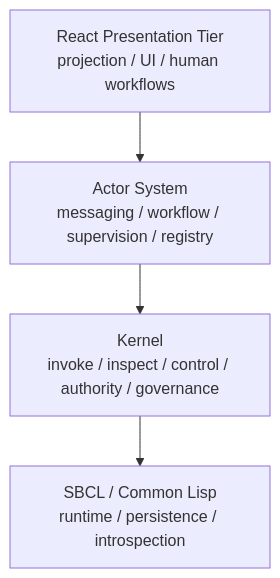
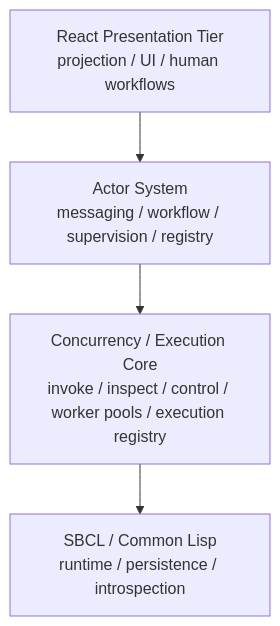
One commit to pauljbernard/sbcl-agent changed the second of 4 diagrams in docs/robust-actor-kernel-architecture.md. Above: the diagram before and after it, drawn with Mermaid. The commit also changed other lines of this file and 124 other files, not shown here.

Commit message:
Refactor runtime around actor concurrency core

````diff
--- a/docs/robust-actor-kernel-architecture.md
+++ b/docs/robust-actor-kernel-architecture.md
@@ -170,11 +190,11 @@
 ```mermaid
 flowchart TB
     React["React Presentation Tier<br/>projection / UI / human workflows"]
     Actor["Actor System<br/>messaging / workflow / supervision / registry"]
-    Kernel["Kernel<br/>invoke / inspect / control / authority / governance"]
+    Core["Concurrency / Execution Core<br/>invoke / inspect / control / worker pools / execution registry"]
     Runtime["SBCL / Common Lisp<br/>runtime / persistence / introspection"]
 
     React --> Actor
-    Actor --> Kernel
-    Kernel --> Runtime
+    Actor --> Core
+    Core --> Runtime
 ```
````
